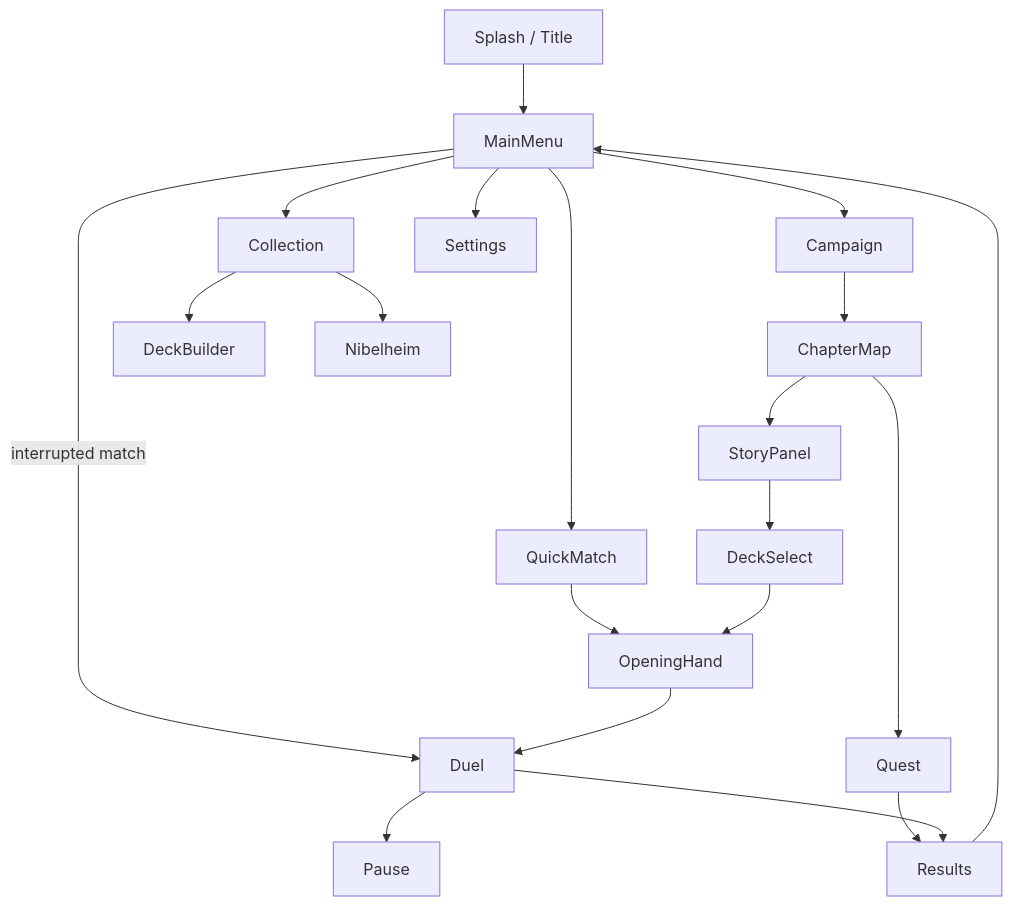
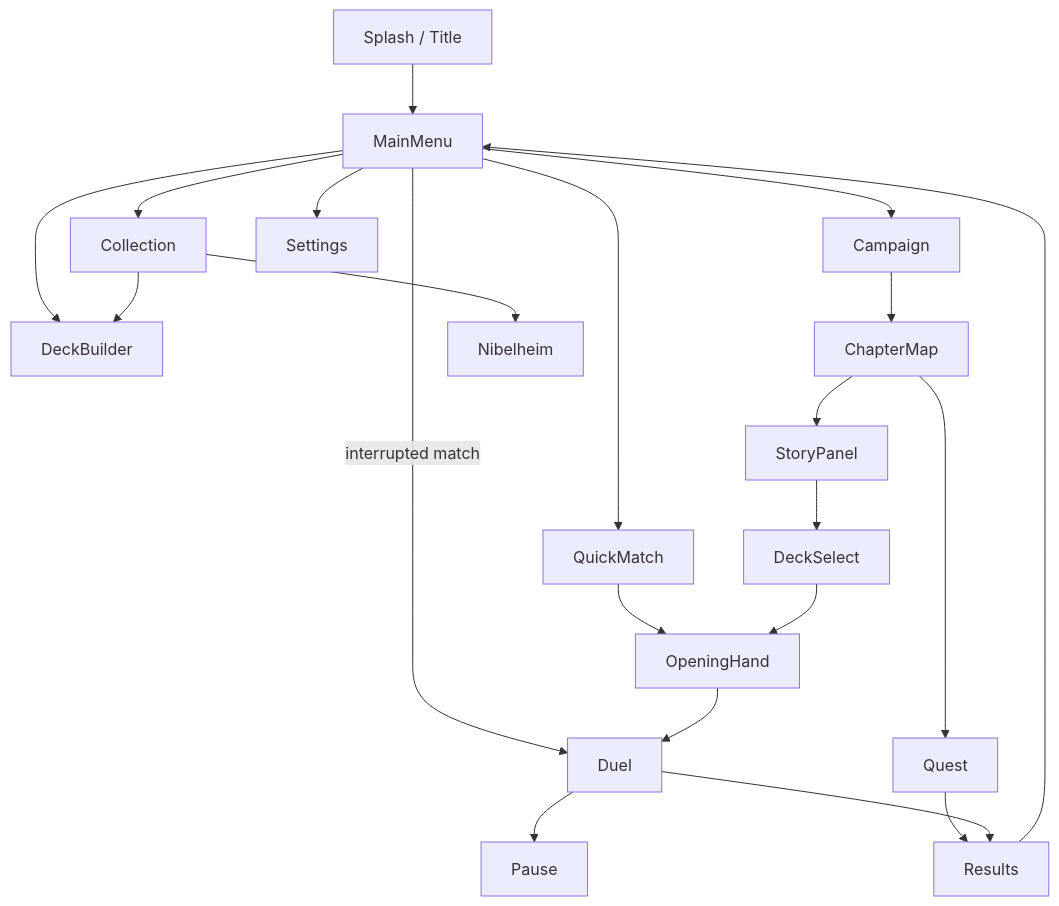
Before and after one commit to TuntematonSotilas/nothung: the diagram in docs/functional/07-ui-ux.md, drawn with Mermaid. The commit also changed other lines of this file and 21 other files, not shown here.

Commit message:
fix on menu & deck

````diff
--- a/docs/functional/07-ui-ux.md
+++ b/docs/functional/07-ui-ux.md
@@ -17,18 +19,19 @@
 ```mermaid
 flowchart TD
     Splash[Splash / Title] --> MainMenu
     MainMenu --> Campaign
     MainMenu --> QuickMatch
     MainMenu --> Collection
+    MainMenu --> DeckBuilder
     MainMenu --> Settings
     MainMenu -->|interrupted match| Duel
     Campaign --> ChapterMap --> StoryPanel --> DeckSelect
     ChapterMap --> Quest --> Results
     QuickMatch --> OpeningHand
     DeckSelect --> OpeningHand --> Duel
     Duel --> Pause
     Duel --> Results
     Results --> MainMenu
     Collection --> DeckBuilder
     Collection --> Nibelheim
 ```
````
